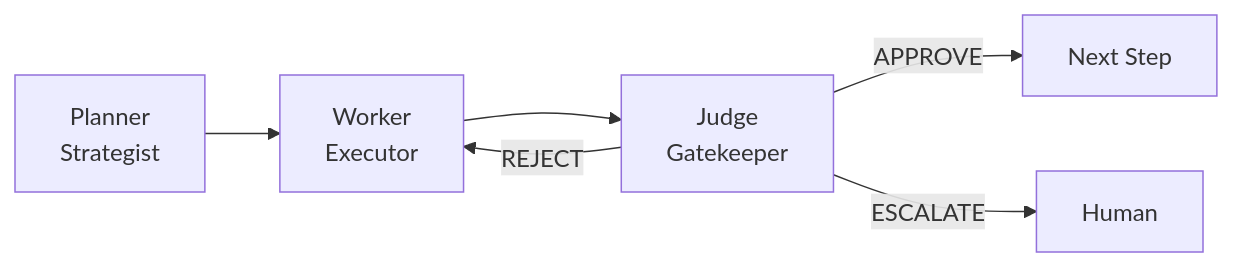
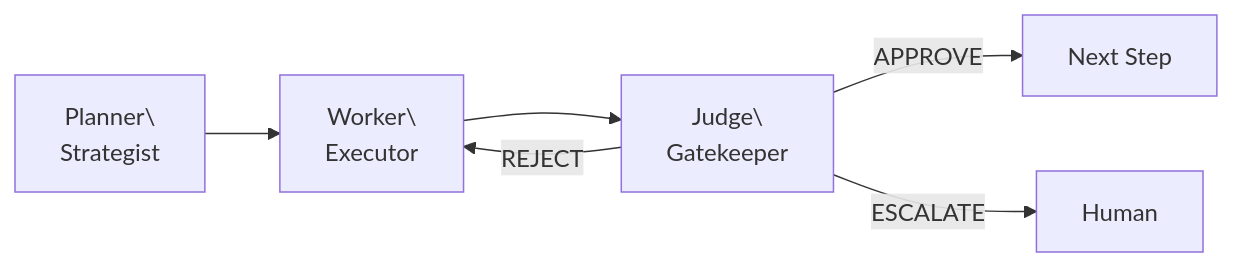
Before and after one commit to YvvonM/Chimera_socials: the first of 9 diagrams in research/architecture_strategy.md, drawn with Mermaid. The commit also changed other lines of this file, not shown here.

````diff
--- a/research/architecture_strategy.md
+++ b/research/architecture_strategy.md
@@ -47,8 +46,8 @@
 ```mermaid
 flowchart LR
-    P[Planner\nStrategist] --> W[Worker\nExecutor]
-    W --> J[Judge\nGatekeeper]
+    P[Planner\\nStrategist] --> W[Worker\\nExecutor]
+    W --> J[Judge\\nGatekeeper]
     J -->|APPROVE| NEXT[Next Step]
     J -->|REJECT| W
     J -->|ESCALATE| H[Human]
 ```
````
